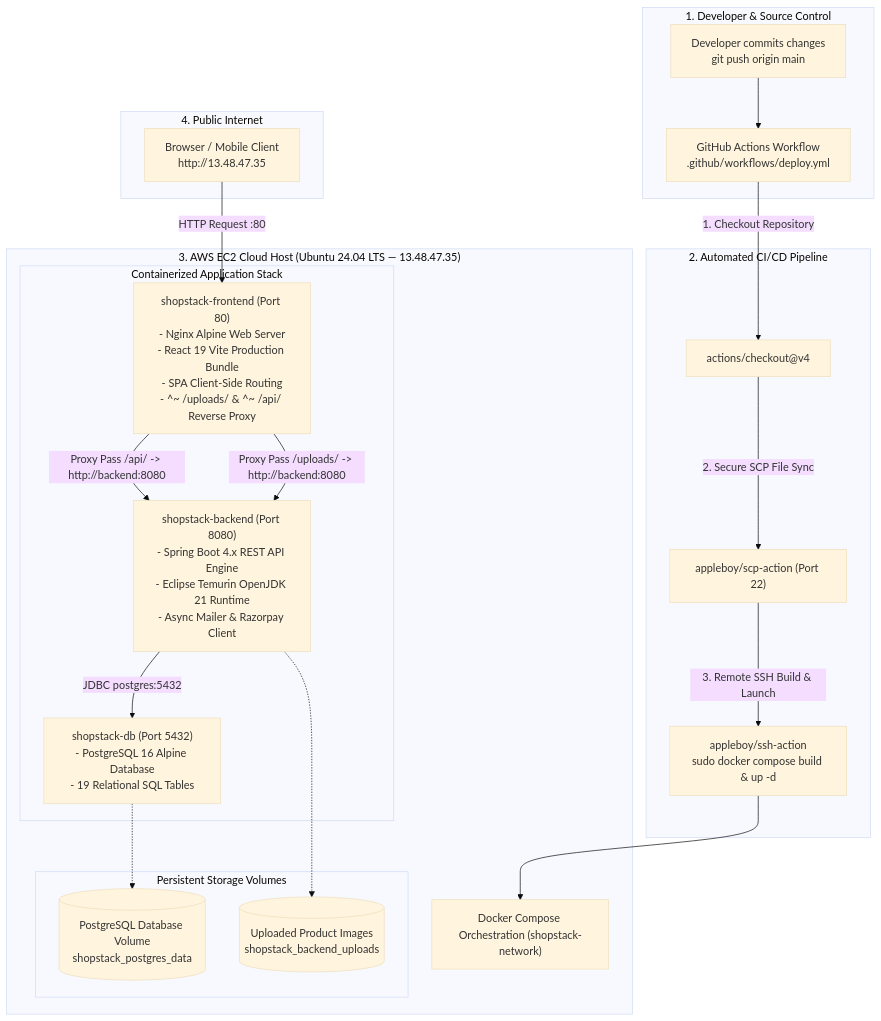
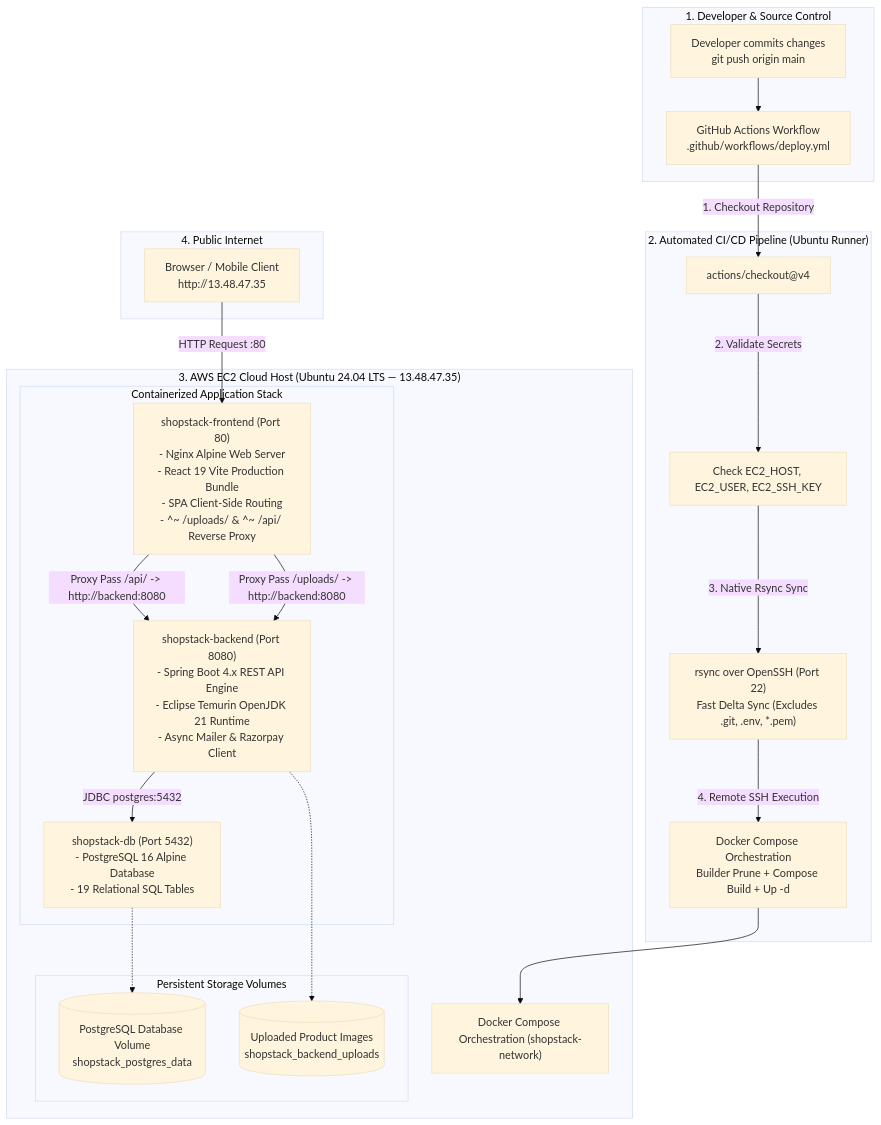
The eighth of 8 diagrams in README.md (anirban0021/ShopStack--Enterprise-Multi-Vendor-E-Commerce-Platform), drawn with Mermaid (base theme) before and after one commit. The commit also changed other lines of this file, not shown here.

Commit message:
docs: update README for Day 16 Docker, Cloud Deployment & CI/CD pipeline

````diff
--- a/README.md
+++ b/README.md
@@ -2347,40 +2347,41 @@
 ```mermaid
 flowchart TD
     subgraph "1. Developer & Source Control"
         Dev["Developer commits changes<br/>git push origin main"] --> GHA["GitHub Actions Workflow<br/>.github/workflows/deploy.yml"]
     end
 
-    subgraph "2. Automated CI/CD Pipeline"
+    subgraph "2. Automated CI/CD Pipeline (Ubuntu Runner)"
         GHA -->|"1. Checkout Repository"| GH1["actions/checkout@v4"]
-        GH1 -->|"2. Secure SCP File Sync"| GH2["appleboy/scp-action (Port 22)"]
-        GH2 -->|"3. Remote SSH Build & Launch"| GH3["appleboy/ssh-action<br/>sudo docker compose build & up -d"]
+        GH1 -->|"2. Validate Secrets"| GH2["Check EC2_HOST, EC2_USER, EC2_SSH_KEY"]
+        GH2 -->|"3. Native Rsync Sync"| GH3["rsync over OpenSSH (Port 22)<br/>Fast Delta Sync (Excludes .git, .env, *.pem)"]
+        GH3 -->|"4. Remote SSH Execution"| GH4["Docker Compose Orchestration<br/>Builder Prune + Compose Build + Up -d"]
     end
 
     subgraph "3. AWS EC2 Cloud Host (Ubuntu 24.04 LTS — 13.48.47.35)"
-        GH3 --> Docker["Docker Compose Orchestration (shopstack-network)"]
+        GH4 --> Docker["Docker Compose Orchestration (shopstack-network)"]
         
         subgraph "Containerized Application Stack"
             Frontend["shopstack-frontend (Port 80)<br/>- Nginx Alpine Web Server<br/>- React 19 Vite Production Bundle<br/>- SPA Client-Side Routing<br/>- ^~ /uploads/ & ^~ /api/ Reverse Proxy"]
             
             Backend["shopstack-backend (Port 8080)<br/>- Spring Boot 4.x REST API Engine<br/>- Eclipse Temurin OpenJDK 21 Runtime<br/>- Async Mailer & Razorpay Client"]
             
             Database["shopstack-db (Port 5432)<br/>- PostgreSQL 16 Alpine Database<br/>- 19 Relational SQL Tables"]
         end
 
         subgraph "Persistent Storage Volumes"
             VolDB[("PostgreSQL Database Volume<br/>shopstack_postgres_data")]
             VolUploads[("Uploaded Product Images<br/>shopstack_backend_uploads")]
         end
     end
 
     subgraph "4. Public Internet"
         Client["Browser / Mobile Client<br/>http://13.48.47.35"]
     end
 
     Client -->|"HTTP Request :80"| Frontend
     Frontend -->|"Proxy Pass /api/ -> http://backend:8080"| Backend
     Frontend -->|"Proxy Pass /uploads/ -> http://backend:8080"| Backend
     Backend -->|"JDBC postgres:5432"| Database
     Database -.-> VolDB
     Backend -.-> VolUploads
 ```
````
